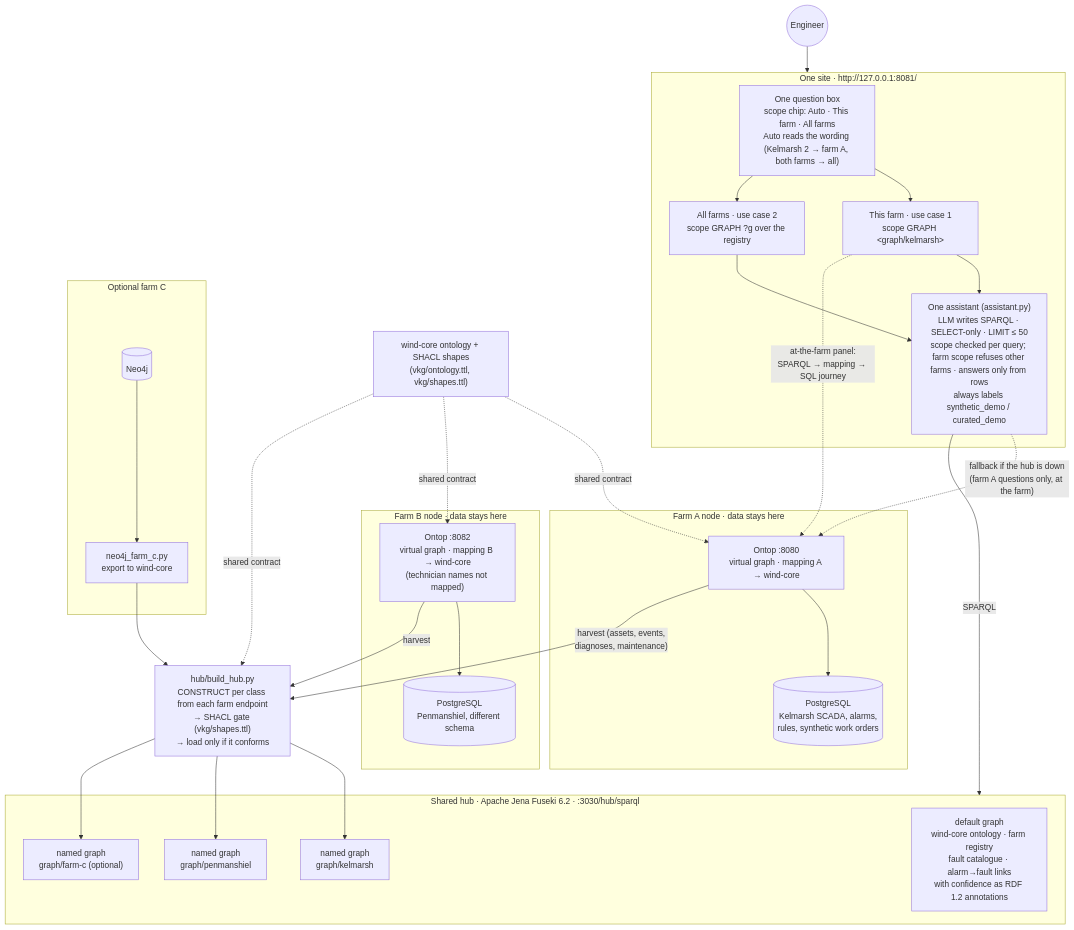
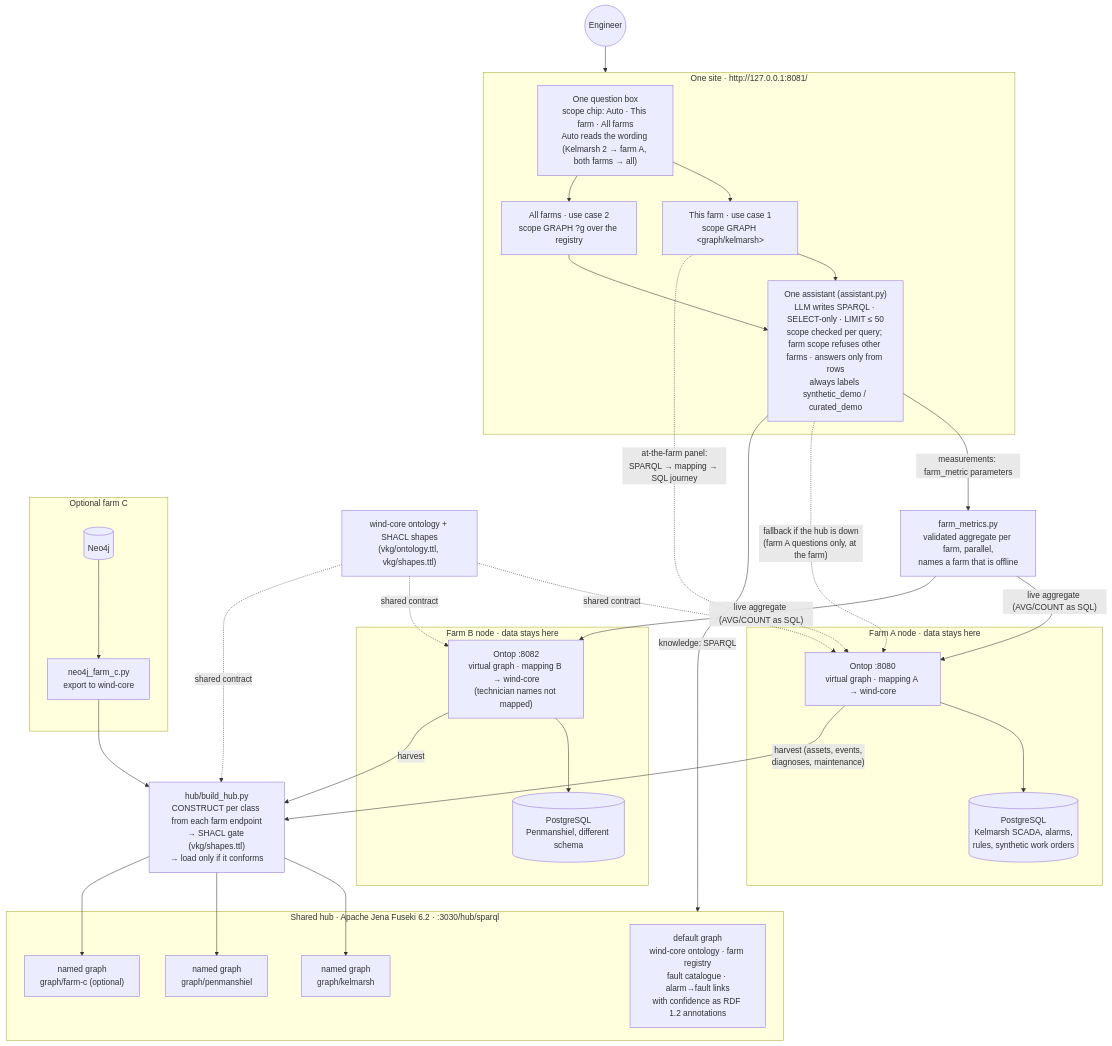
Before and after one commit to shashikiranbs2006/Knolwlege-Graph-Windmill: the second of 3 diagrams in README.md, drawn with Mermaid. The commit also changed other lines of this file and 10 other files, not shown here.

First line of the commit message:
Add live farm_metric tool: LLM routes measurement questions to per-farm aggregates

````diff
--- a/README.md
+++ b/README.md
@@ -93,43 +93,45 @@
 ```mermaid
 flowchart TB
   USER(("Engineer"))
   subgraph SITE["One site · http://127.0.0.1:8081/"]
     Q["One question box<br/>scope chip: Auto · This farm · All farms<br/>Auto reads the wording (Kelmarsh 2 → farm A, both farms → all)"]
     T1["This farm · use case 1<br/>scope GRAPH &lt;graph/kelmarsh&gt;"]
     T2["All farms · use case 2<br/>scope GRAPH ?g over the registry"]
     Q --> T1
     Q --> T2
     LLM["One assistant (assistant.py)<br/>LLM writes SPARQL · SELECT-only · LIMIT ≤ 50<br/>scope checked per query; farm scope refuses other farms · answers only from rows<br/>always labels synthetic_demo / curated_demo"]
     T1 --> LLM
     T2 --> LLM
   end
   subgraph HUB["Shared hub · Apache Jena Fuseki 6.2 · :3030/hub/sparql"]
     DG["default graph<br/>wind-core ontology · farm registry<br/>fault catalogue · alarm→fault links<br/>with confidence as RDF 1.2 annotations"]
     GA["named graph<br/>graph/kelmarsh"]
     GB["named graph<br/>graph/penmanshiel"]
     GC["named graph<br/>graph/farm-c (optional)"]
   end
   BUILD["hub/build_hub.py<br/>CONSTRUCT per class from each farm endpoint<br/>→ SHACL gate (vkg/shapes.ttl)<br/>→ load only if it conforms"]
   subgraph FA["Farm A node · data stays here"]
     OA["Ontop :8080<br/>virtual graph · mapping A → wind-core"]
     DA[("PostgreSQL<br/>Kelmarsh SCADA, alarms,<br/>rules, synthetic work orders")]
     OA --> DA
   end
   subgraph FB["Farm B node · data stays here"]
     OB["Ontop :8082<br/>virtual graph · mapping B → wind-core<br/>(technician names not mapped)"]
     DBB[("PostgreSQL<br/>Penmanshiel, different schema")]
     OB --> DBB
   end
   subgraph FC["Optional farm C"]
     NEO[("Neo4j")] --> EXP["neo4j_farm_c.py<br/>export to wind-core"]
   end
   USER --> SITE
-  LLM -- "SPARQL" --> HUB
+  LLM -- "knowledge: SPARQL" --> HUB
+  LLM -- "measurements: farm_metric parameters" --> FM["farm_metrics.py<br/>validated aggregate per farm, parallel,<br/>names a farm that is offline"]
+  FM -- "live aggregate (AVG/COUNT as SQL)" --> OA & OB
   LLM -. "fallback if the hub is down<br/>(farm A questions only, at the farm)" .-> OA
   T1 -. "at-the-farm panel:<br/>SPARQL → mapping → SQL journey" .-> OA
   OA -- "harvest (assets, events,<br/>diagnoses, maintenance)" --> BUILD
   OB -- "harvest" --> BUILD
   EXP --> BUILD
   BUILD --> GA & GB & GC
   SHAPES["wind-core ontology + SHACL shapes<br/>(vkg/ontology.ttl, vkg/shapes.ttl)"] -. "shared contract" .-> OA & OB & BUILD
 ```
````
